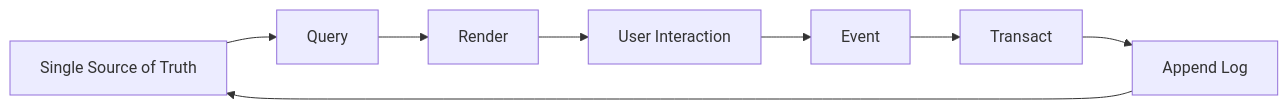
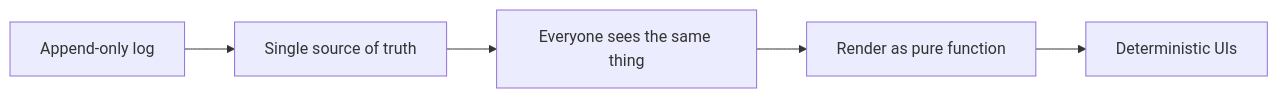
Before and after one commit to Synthetic-Identity-Co/conj-talk-2025: the first of 4 diagrams in conj-talk-2025.md, drawn with Mermaid. The commit also changed other lines of this file, not shown here.

````diff
--- a/conj-talk-2025.md
+++ b/conj-talk-2025.md
@@ -65,10 +69,7 @@
 ```mermaid
 graph LR
-    A[Single Source of Truth] --> B[Query]
-    B --> C[Render]
-    C --> D[User Interaction]
-    D --> E[Event]
-    E --> F[Transact]
-    F --> G[Append Log]
-    G --> A
+    A[Append-only log] --> B[Single source of truth]
+    B --> C[Everyone sees the same thing]
+    C --> D[Render as pure function]
+    D --> E[Deterministic UIs]
 ```
````
